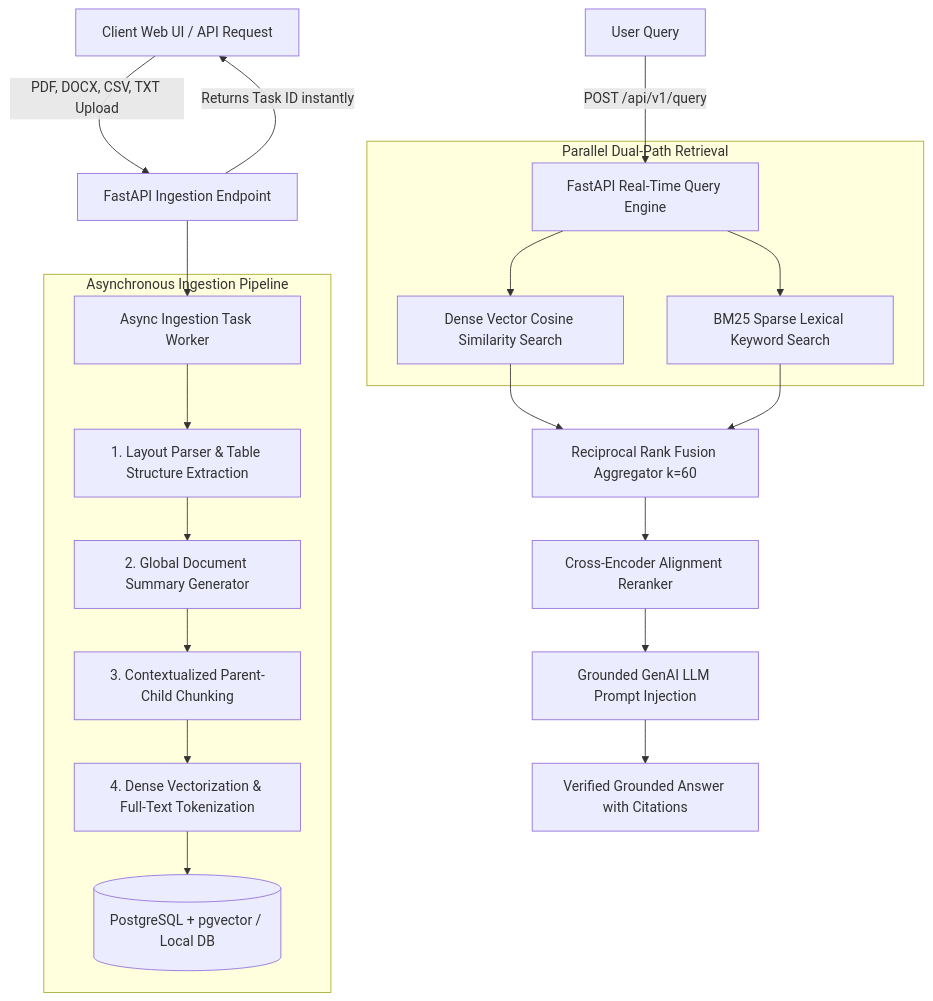
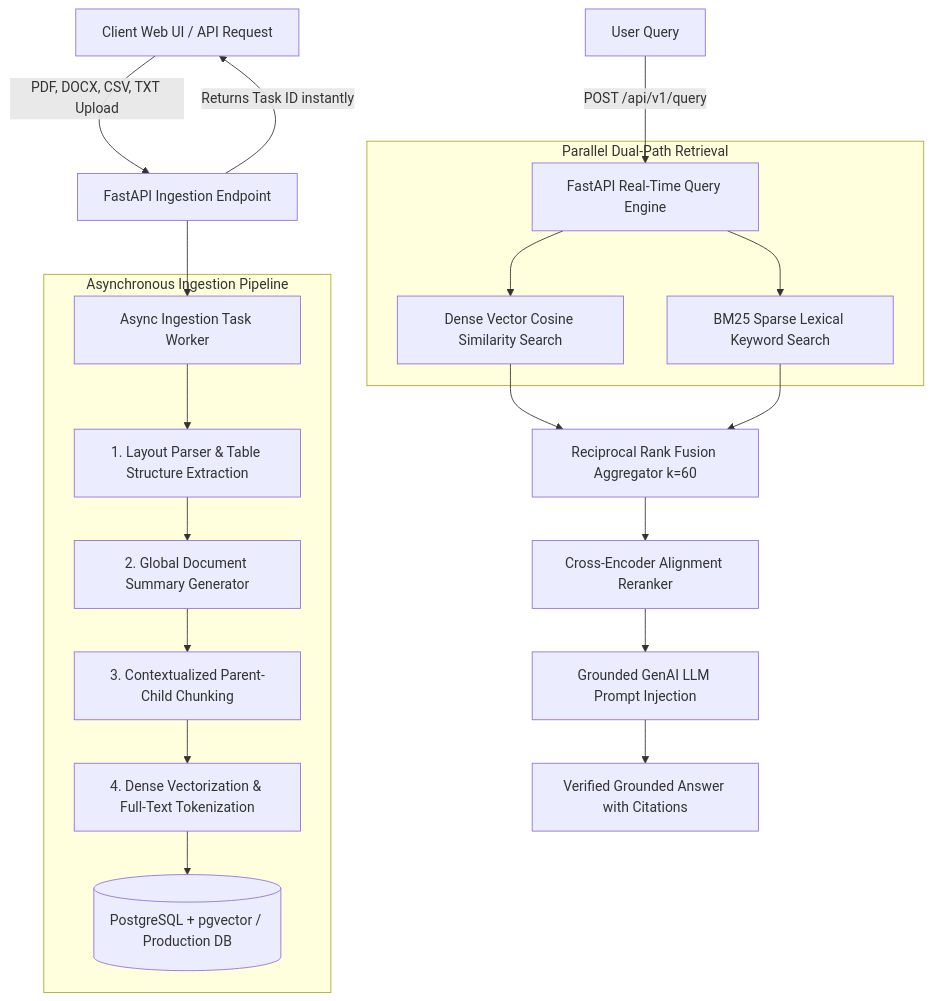
One commit to ameydongre10/Enterprise-Multi-Vector-Hybrid-RAG-Search-Engine changed the diagram in README.md. Above: the diagram before and after it, drawn with Mermaid. The commit also changed other lines of this file and 1 other file, not shown here.

````diff
--- a/README.md
+++ b/README.md
@@ -55,27 +54,27 @@
 ```mermaid
 graph TD
     A[Client Web UI / API Request] -->|PDF, DOCX, CSV, TXT Upload| B[FastAPI Ingestion Endpoint]
     B -->|Returns Task ID instantly| A
     B --> C[Async Ingestion Task Worker]
     
     subgraph Asynchronous Ingestion Pipeline
         C --> D[1. Layout Parser & Table Structure Extraction]
         D --> E[2. Global Document Summary Generator]
         E --> F[3. Contextualized Parent-Child Chunking]
         F --> G[4. Dense Vectorization & Full-Text Tokenization]
-        G --> H[(PostgreSQL + pgvector / Local DB)]
+        G --> H[(PostgreSQL + pgvector / Production DB)]
     end
 
     I[User Query] -->|POST /api/v1/query| J[FastAPI Real-Time Query Engine]
     
     subgraph Parallel Dual-Path Retrieval
         J --> K[Dense Vector Cosine Similarity Search]
         J --> L[BM25 Sparse Lexical Keyword Search]
     end
 
     K --> M[Reciprocal Rank Fusion Aggregator k=60]
     L --> M
     M --> N[Cross-Encoder Alignment Reranker]
     N --> O[Grounded GenAI LLM Prompt Injection]
     O --> P[Verified Grounded Answer with Citations]
 ```
````
